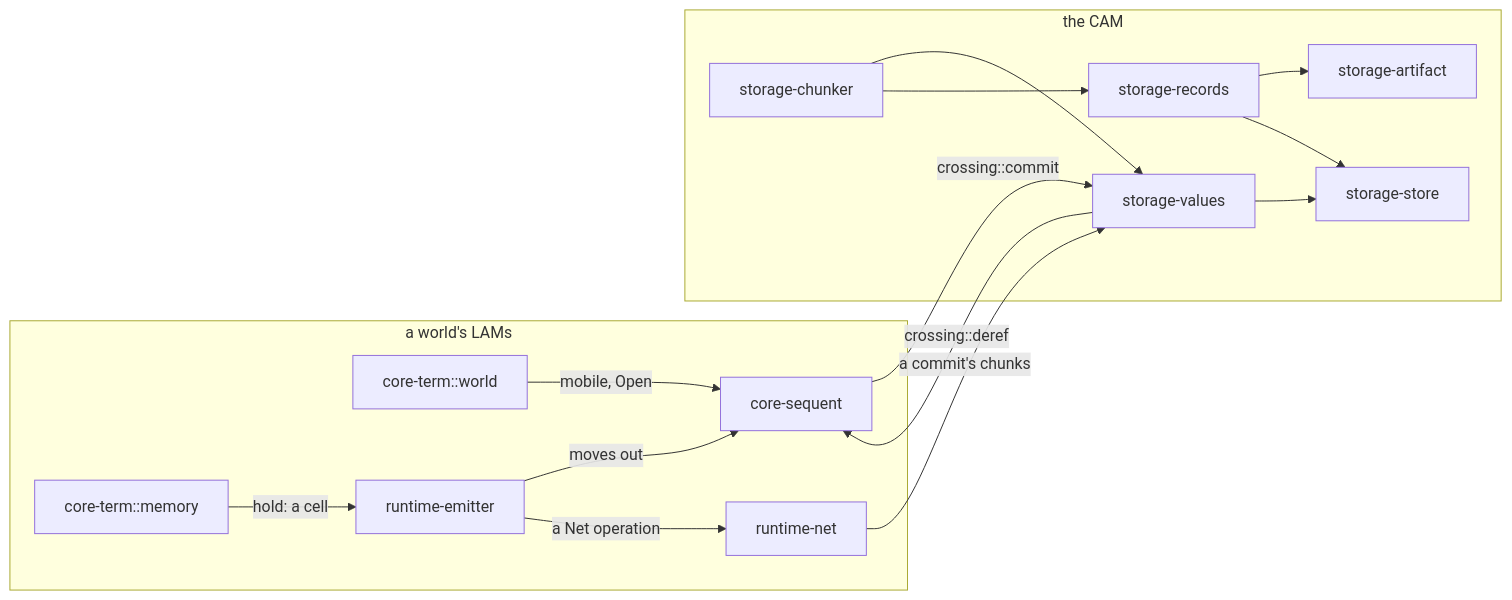
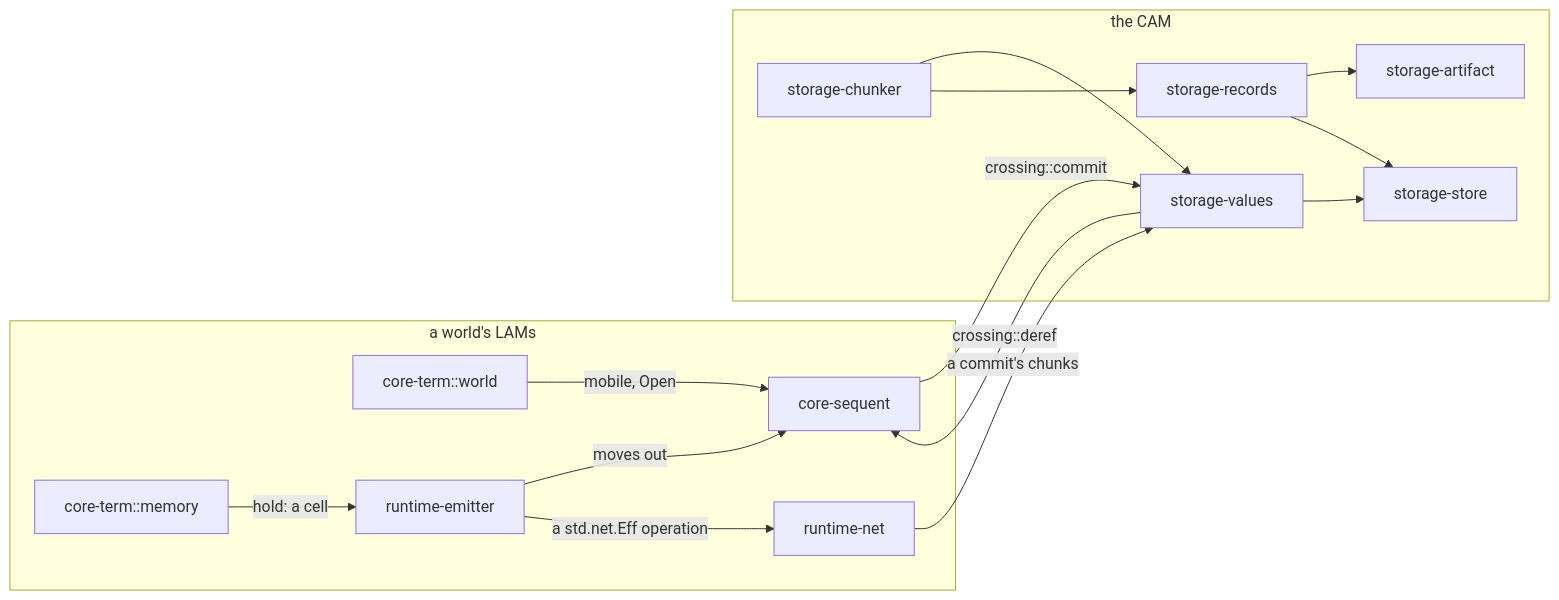
One commit to gandr-lang/gandr changed the diagram in crates/README.md. Above: the diagram before and after it, drawn with Mermaid. The commit also changed other lines of this file and 432 other files, not shown here.

````diff
--- a/crates/README.md
+++ b/crates/README.md
@@ -121,29 +121,29 @@
 ```mermaid
 flowchart LR
   subgraph LAMs["a world's LAMs"]
     world[core-term::world]
     memory[core-term::memory]
     emitter[runtime-emitter]
     sequent[core-sequent]
     net[runtime-net]
   end
   subgraph CAM["the CAM"]
     chunker[storage-chunker]
     values[storage-values]
     records[storage-records]
     artifact[storage-artifact]
     store[storage-store]
   end
   memory -->|hold: a cell| emitter
   emitter -->|moves out| sequent
   world -->|mobile, Open| sequent
-  emitter -->|a Net operation| net
+  emitter -->|a std.net.Eff operation| net
   net -->|a commit's chunks| values
   sequent -->|crossing::commit| values
   values -->|crossing::deref| sequent
   chunker --> values
   chunker --> records
   records --> artifact
   values --> store
   records --> store
 ```
````
